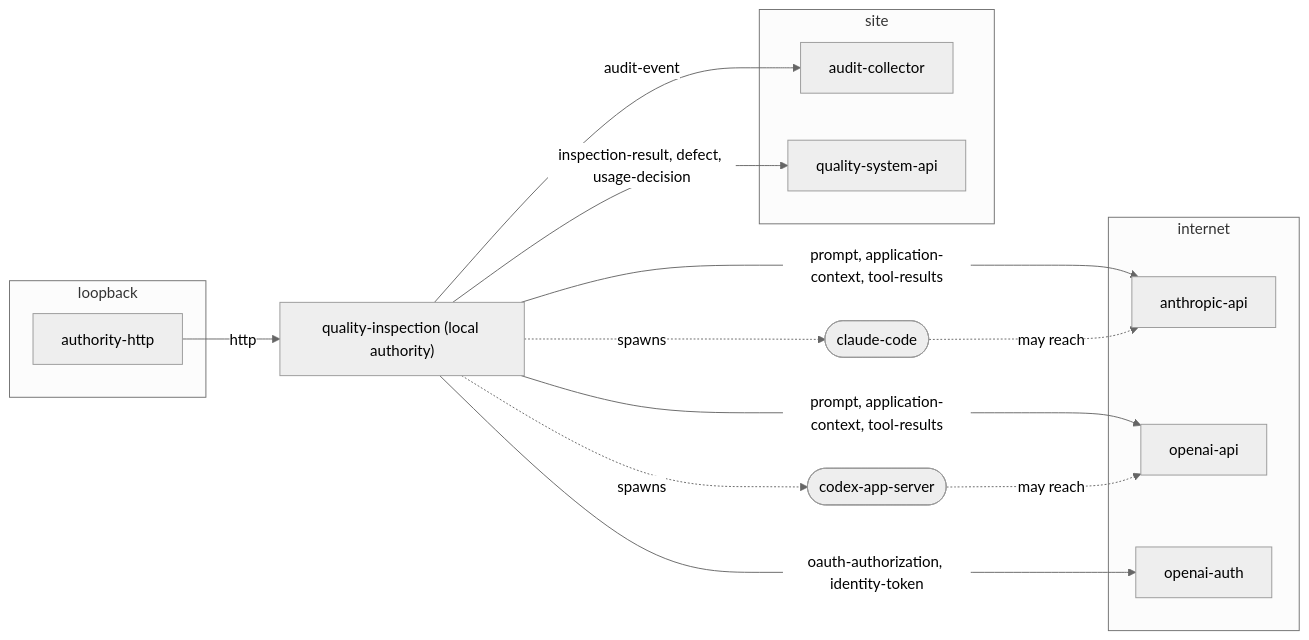
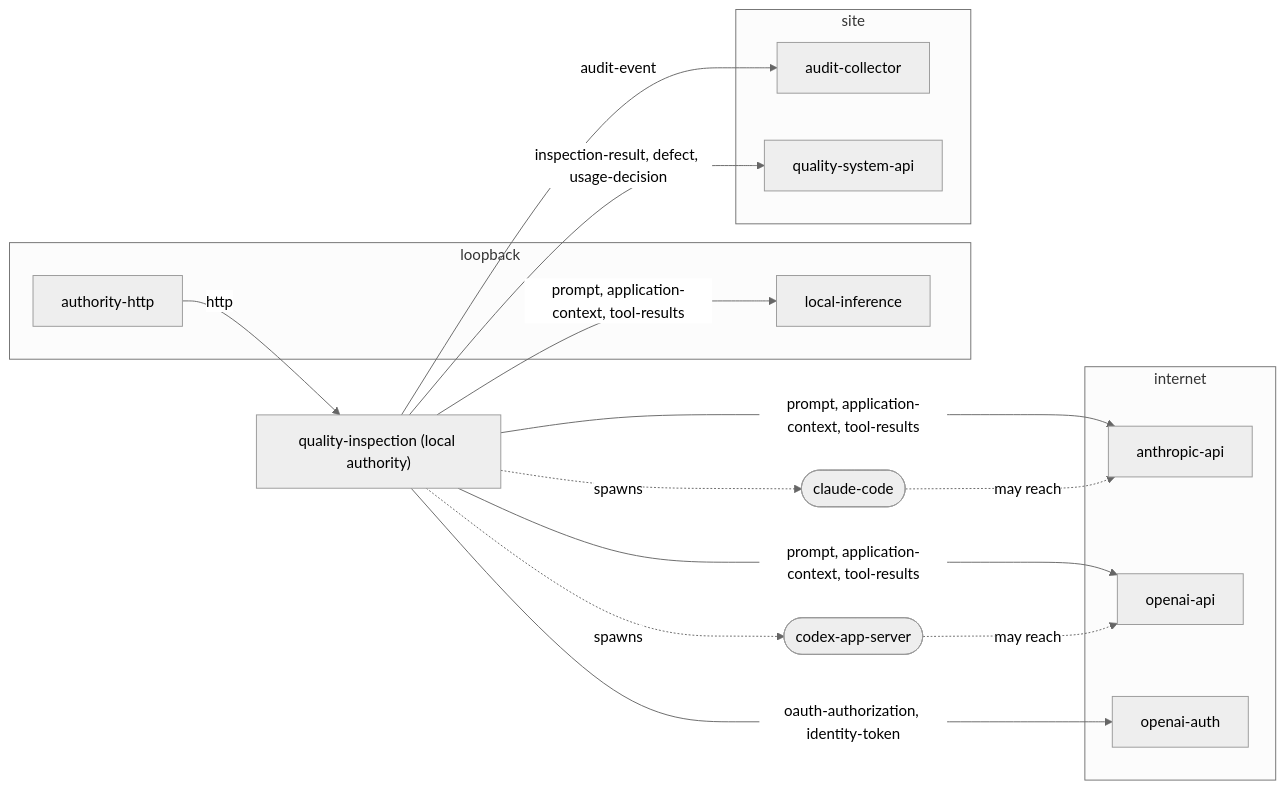
Before and after one commit to wisdomousai/tortoise: the diagram in docs/reference/quality-inspection/data-flows.md, drawn with Mermaid (neutral theme). The commit also changed other lines of this file and 37 other files, not shown here.

First line of the commit message:
Add local inference and choose agent harnesses by model requirement

````diff
--- a/docs/reference/quality-inspection/data-flows.md
+++ b/docs/reference/quality-inspection/data-flows.md
@@ -5,26 +5,28 @@
 ```mermaid
 flowchart LR
   app["quality-inspection (local authority)"]
   subgraph loopback["loopback"]
     authority_http["authority-http"]
+    local_inference["local-inference"]
   end
   subgraph site["site"]
     audit_collector["audit-collector"]
     quality_system_api["quality-system-api"]
   end
   subgraph internet["internet"]
     anthropic_api["anthropic-api"]
     openai_api["openai-api"]
     openai_auth["openai-auth"]
   end
   app -- "prompt, application-context, tool-results" --> anthropic_api
   app -- "audit-event" --> audit_collector
   authority_http -- "http" --> app
+  app -- "prompt, application-context, tool-results" --> local_inference
   app -- "prompt, application-context, tool-results" --> openai_api
   app -- "oauth-authorization, identity-token" --> openai_auth
   app -- "inspection-result, defect, usage-decision" --> quality_system_api
   app -. spawns .-> proc_claude_code(["claude-code"])
   proc_claude_code -. may reach .-> anthropic_api
   app -. spawns .-> proc_codex_app_server(["codex-app-server"])
   proc_codex_app_server -. may reach .-> openai_api
 ```
````
